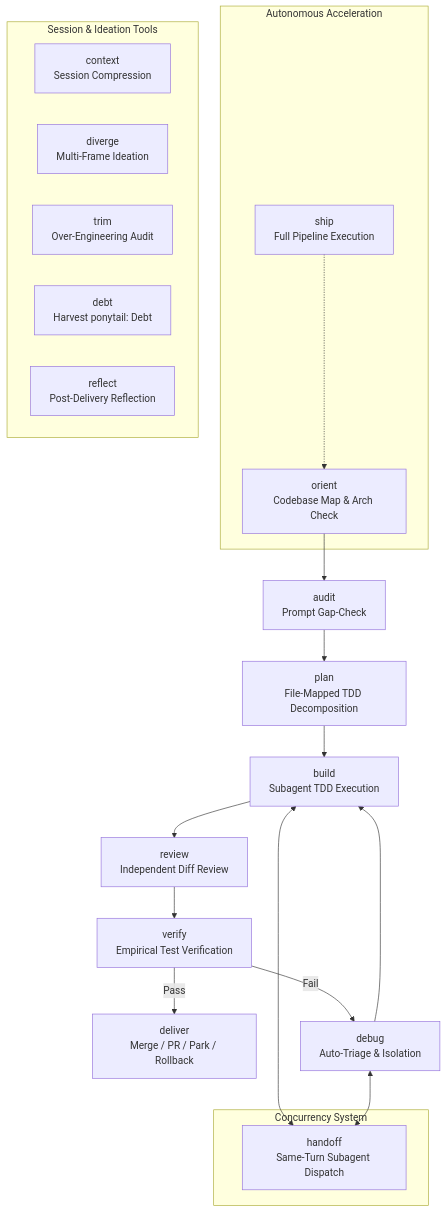
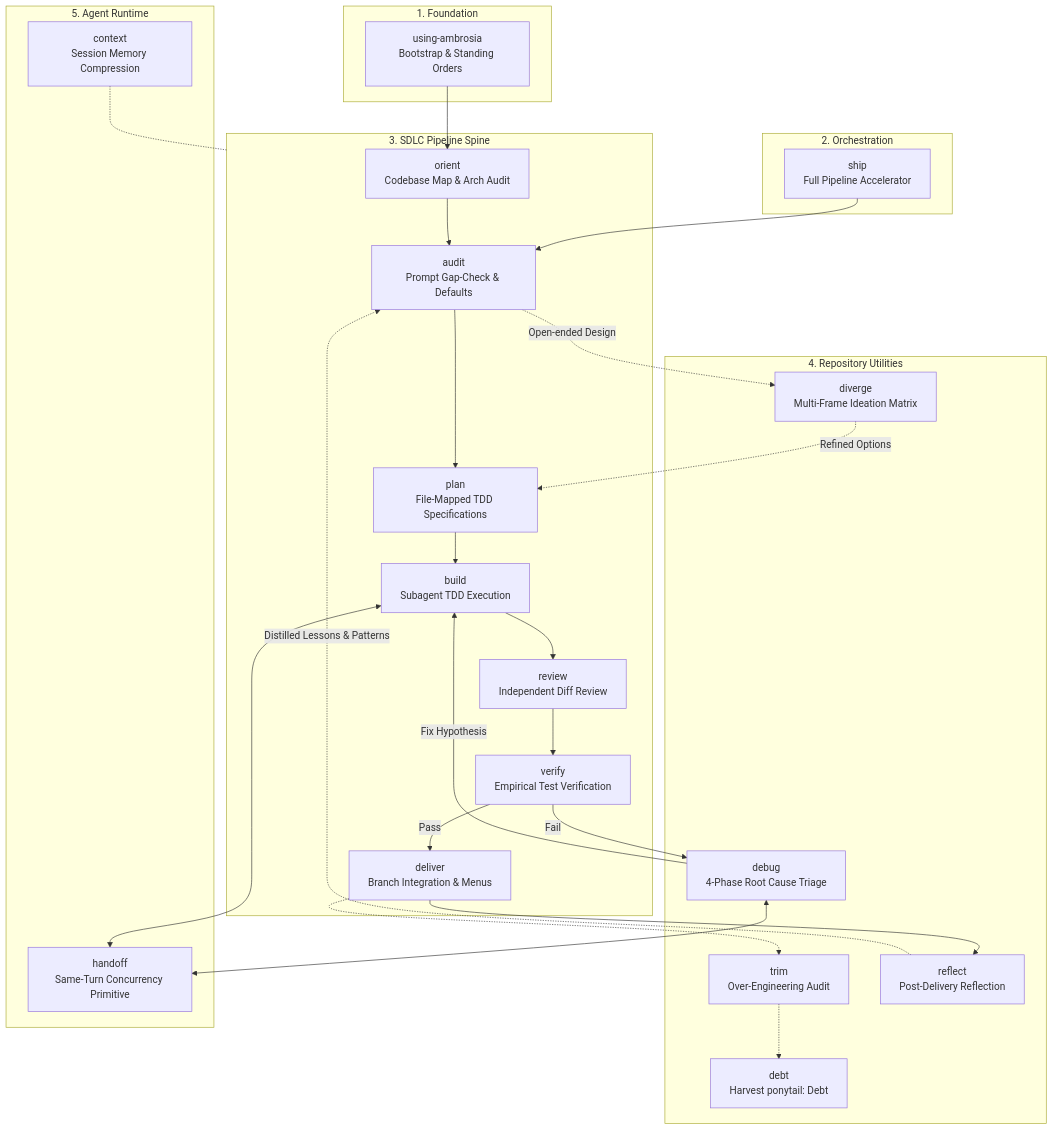
Before and after one commit to numairfm/ambrosia: the diagram in README.md, drawn with Mermaid. The commit also changed other lines of this file, not shown here.

Commit message:
docs: elevate README with OS layer structure, stage boundary rationales, and learning loop

````diff
--- a/README.md
+++ b/README.md
@@ -72,29 +85,58 @@
 ```mermaid
 flowchart TD
-    A["orient<br>Codebase Map & Arch Check"] --> B["audit<br>Prompt Gap-Check"]
-    B --> C["plan<br>File-Mapped TDD Decomposition"]
-    C --> D["build<br>Subagent TDD Execution"]
-    D --> R["review<br>Independent Diff Review"]
-    R --> E["verify<br>Empirical Test Verification"]
-    E -->|Pass| F["deliver<br>Merge / PR / Park / Rollback"]
-    E -->|Fail| G["debug<br>Auto-Triage & Isolation"]
-    G --> D
-
-    subgraph Autonomous Acceleration
-        H["ship<br>Full Pipeline Execution"] -.-> A
+    subgraph Foundation ["1. Foundation"]
+        UA["using-ambrosia<br>Bootstrap & Standing Orders"]
     end
 
-    subgraph Session & Ideation Tools
-        I["context<br>Session Compression"]
-        J["diverge<br>Multi-Frame Ideation"]
-        K["trim<br>Over-Engineering Audit"]
-        L["debt<br>Harvest ponytail: Debt"]
-        N["reflect<br>Post-Delivery Reflection"]
+    subgraph Orchestration ["2. Orchestration"]
+        SHIP["ship<br>Full Pipeline Accelerator"]
     end
 
-    subgraph Concurrency System
-        M["handoff<br>Same-Turn Subagent Dispatch"]
+    subgraph SDLC ["3. SDLC Pipeline Spine"]
+        OR["orient<br>Codebase Map & Arch Audit"]
+        AU["audit<br>Prompt Gap-Check & Defaults"]
+        PL["plan<br>File-Mapped TDD Specifications"]
+        BU["build<br>Subagent TDD Execution"]
+        REV["review<br>Independent Diff Review"]
+        VE["verify<br>Empirical Test Verification"]
+        DEL["deliver<br>Branch Integration & Menus"]
     end
-    D <--> M
-    G <--> M
+
+    subgraph RepoTools ["4. Repository Utilities"]
+        DIV["diverge<br>Multi-Frame Ideation Matrix"]
+        DBG["debug<br>4-Phase Root Cause Triage"]
+        TRM["trim<br>Over-Engineering Audit"]
+        DBT["debt<br>Harvest ponytail: Debt"]
+        REF["reflect<br>Post-Delivery Reflection"]
+    end
+
+    subgraph Runtime ["5. Agent Runtime"]
+        CTX["context<br>Session Memory Compression"]
+        HO["handoff<br>Same-Turn Concurrency Primitive"]
+    end
+
+    %% Pipeline Flow
+    UA --> OR
+    SHIP --> AU
+    OR --> AU
+    AU --> PL
+    AU -.->|Open-ended Design| DIV
+    DIV -.->|Refined Options| PL
+    PL --> BU
+    BU --> REV
+    REV --> VE
+    VE -->|Pass| DEL
+    VE -->|Fail| DBG
+    DBG -->|Fix Hypothesis| BU
+
+    %% Integration & Post-Delivery Loop
+    DEL -.-> TRM
+    TRM -.-> DBT
+    DEL --> REF
+    REF -.->|Distilled Lessons & Patterns| AU
+
+    %% Concurrency & Context Support
+    BU <--> HO
+    DBG <--> HO
+    CTX -.- SDLC
 ```
````
